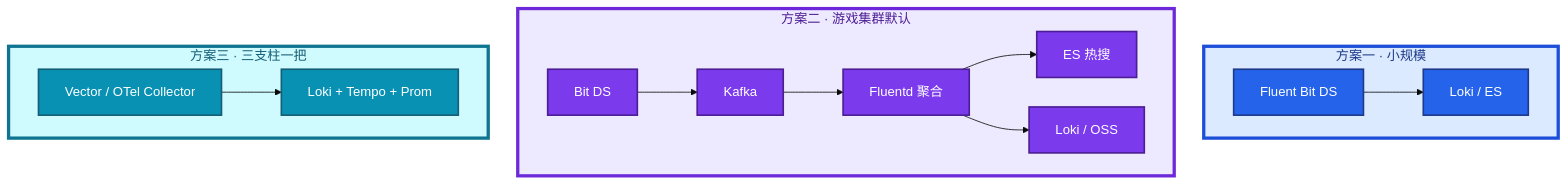
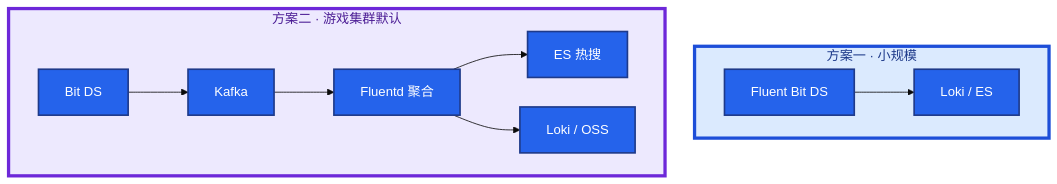
One commit to ml-cuizijun/LearnToLilith changed the third of 5 diagrams in 04-Kubernetes/19-日志管理/知识点.md. Above: the diagram before and after it, drawn with Mermaid. The commit also changed other lines of this file and 107 other files, not shown here.

````diff
--- a/04-Kubernetes/19-日志管理/知识点.md
+++ b/04-Kubernetes/19-日志管理/知识点.md
@@ -139,27 +134,20 @@
 ```mermaid
 %%{init: {"flowchart": {"padding": 16, "nodeSpacing": 36, "rankSpacing": 48}, "theme": "base"}}%%
 flowchart TB
     subgraph simple ["方案一 · 小规模"]
         s1[Fluent Bit DS] --> s2[Loki / ES]
     end
     subgraph scale ["方案二 · 游戏集群默认"]
         k1[Bit DS] --> k2[Kafka]
         k2 --> k3[Fluentd 聚合]
         k3 --> k4[ES 热搜]
         k3 --> k5[Loki / OSS]
     end
-    subgraph otel ["方案三 · 三支柱一把"]
-        o1[Vector / OTel Collector] --> o2[Loki + Tempo + Prom]
-    end
 
     classDef a fill:#2563EB,stroke:#1E3A8A,stroke-width:2px,color:#fff
     classDef b fill:#7C3AED,stroke:#4C1D95,stroke-width:2px,color:#fff
-    classDef c fill:#0891B2,stroke:#155E75,stroke-width:2px,color:#fff
-    class s1,s2 a
-    class k1,k2,k3,k4,k5 b
-    class o1,o2 c
+    class s1,s2,k1,k2,k3,k4,k5 a
 
     style simple fill:#DBEAFE,stroke:#1D4ED8,stroke-width:4px,color:#1E3A8A
     style scale fill:#EDE9FE,stroke:#6D28D9,stroke-width:4px,color:#4C1D95
-    style otel fill:#CFFAFE,stroke:#0E7490,stroke-width:4px,color:#155E75
 ```
````
